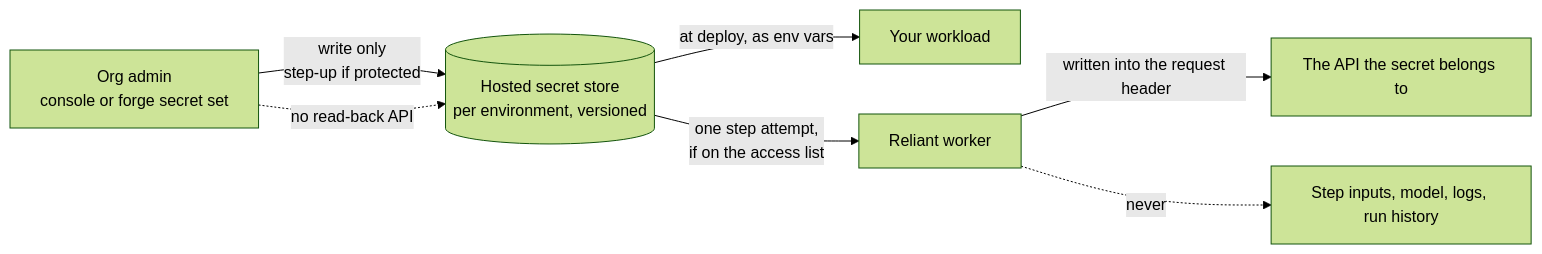
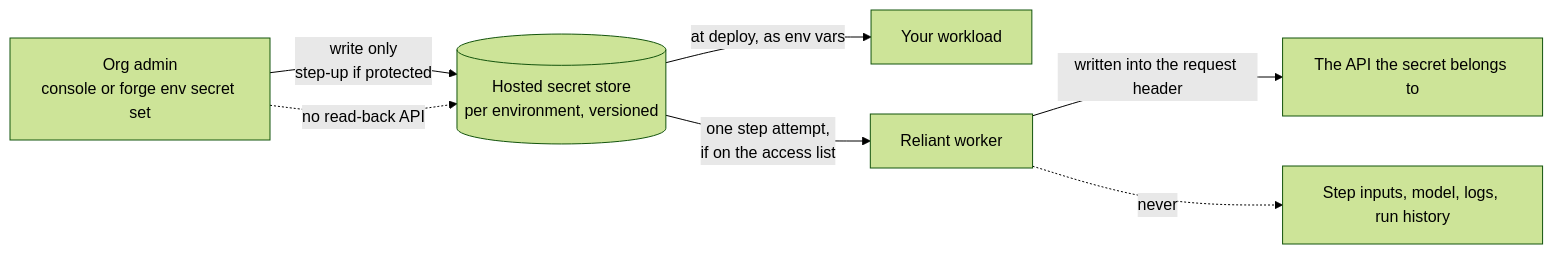
The second of 2 diagrams in docs/deep-dives/security-model.mdx (reliant-labs/reliant), drawn with Mermaid (forest theme) before and after one commit. The commit also changed other lines of this file and 239 other files, not shown here.

````diff
--- a/docs/deep-dives/security-model.mdx
+++ b/docs/deep-dives/security-model.mdx
@@ -40,9 +40,9 @@
 ```mermaid
 flowchart LR
-    P["Org admin<br/>console or forge secret set"] -->|"write only<br/>step-up if protected"| STORE[("Hosted secret store<br/>per environment, versioned")]
+    P["Org admin<br/>console or forge env secret set"] -->|"write only<br/>step-up if protected"| STORE[("Hosted secret store<br/>per environment, versioned")]
     STORE -->|"at deploy, as env vars"| W["Your workload"]
     STORE -->|"one step attempt,<br/>if on the access list"| WK["Reliant worker"]
     WK -->|"written into the request header"| API["The API the secret belongs to"]
     WK -.->|"never"| M["Step inputs, model, logs, run history"]
     P -.->|"no read-back API"| STORE
 ```
````
